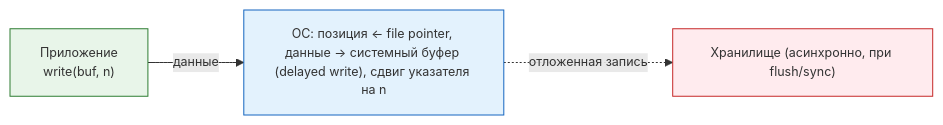
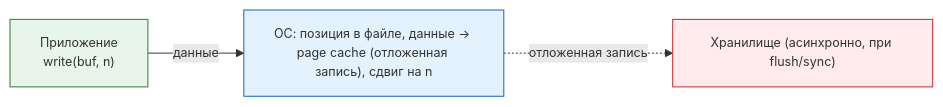
The second of 3 diagrams in docs/encyclopedia/1-basics/1-10-bazovye-operatsii-s-dannymi/2.md (Spirzen/it-knowledge-base), drawn with Mermaid before and after one commit. The commit also changed other lines of this file and 1180 other files, not shown here.

````diff
--- a/docs/encyclopedia/1-basics/1-10-bazovye-operatsii-s-dannymi/2.md
+++ b/docs/encyclopedia/1-basics/1-10-bazovye-operatsii-s-dannymi/2.md
@@ -151,18 +163,18 @@
 ```mermaid
 %%{init: {"theme":"default", "themeVariables": {"fontSize":"12.5px"}}}%%
 flowchart LR
     classDef app fill:#e8f5e9,stroke:#2e7d32;
     classDef os fill:#e3f2fd,stroke:#1565c0;
     classDef storage fill:#ffebee,stroke:#c62828;
 
     A["Приложение\nwrite(buf, n)"]:::app
-    O["ОС: позиция ← file pointer, данные → системный буфер (delayed write), сдвиг указателя на n"]:::os
+    O["ОС: позиция в файле, данные → page cache (отложенная запись), сдвиг на n"]:::os
     S["Хранилище (асинхронно, при flush/sync)"]:::storage
 
     A -->|данные| O
     O -.->|отложенная запись| S
 
     style A fontSize:12px
     style O fontSize:11.5px
     style S fontSize:12px
 ```
````
